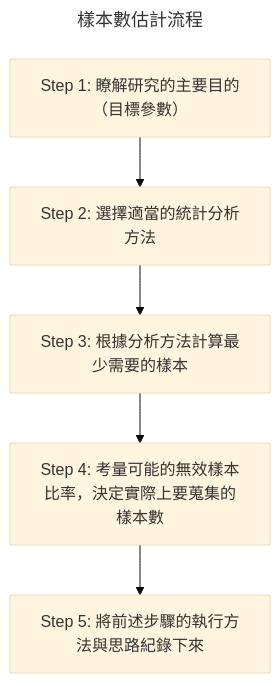
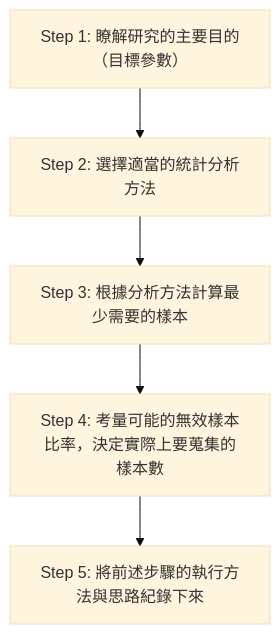
One commit to juyujeng/mydigitalgarden changed the diagram in src/site/notes/determining sample size.md. Above: the diagram before and after it, drawn with Mermaid (base theme).

Commit message:
Update content src/site/notes/determining sample size.md

````diff
--- a/src/site/notes/determining sample size.md
+++ b/src/site/notes/determining sample size.md
@@ -18,11 +18,8 @@
 ```mermaid
----
-title: 樣本數估計流程
----
 flowchart TD
     A[Step 1: 瞭解研究的主要目的（目標參數）] --> B[Step 2: 選擇適當的統計分析方法]
     B --> C[Step 3: 根據分析方法計算最少需要的樣本]
     C --> D[Step 4: 考量可能的無效樣本比率，決定實際上要蒐集的樣本數]
     D --> E[Step 5: 將前述步驟的執行方法與思路紀錄下來]
 
 ```
````
